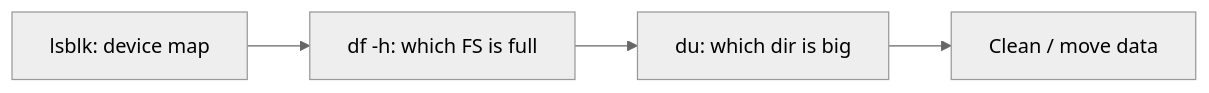
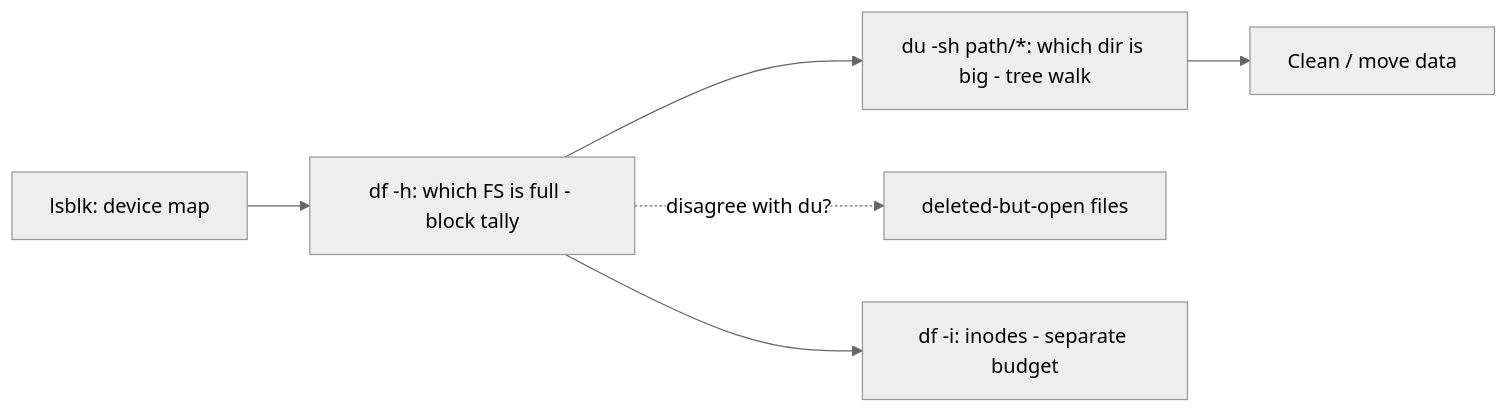
One commit to cloud-prakhar/learning-linux changed the diagram in 08-storage-and-disk-management/df-du-lsblk.md. Above: the diagram before and after it, drawn with Mermaid (neutral theme). The commit also changed other lines of this file and 69 other files, not shown here.

````diff
--- a/08-storage-and-disk-management/df-du-lsblk.md
+++ b/08-storage-and-disk-management/df-du-lsblk.md
@@ -36,6 +43,8 @@
 ```mermaid
 flowchart LR
-    DF[df -h: which FS is full] --> DU[du: which dir is big]
+    LSBLK[lsblk: device map] --> DF[df -h: which FS is full - block tally]
+    DF --> DU[du -sh path/*: which dir is big - tree walk]
     DU --> Act[Clean / move data]
-    LSBLK[lsblk: device map] --> DF
+    DF -.disagree with du?.-> Orphan[deleted-but-open files]
+    DF --> DFi[df -i: inodes - separate budget]
 ```
````
